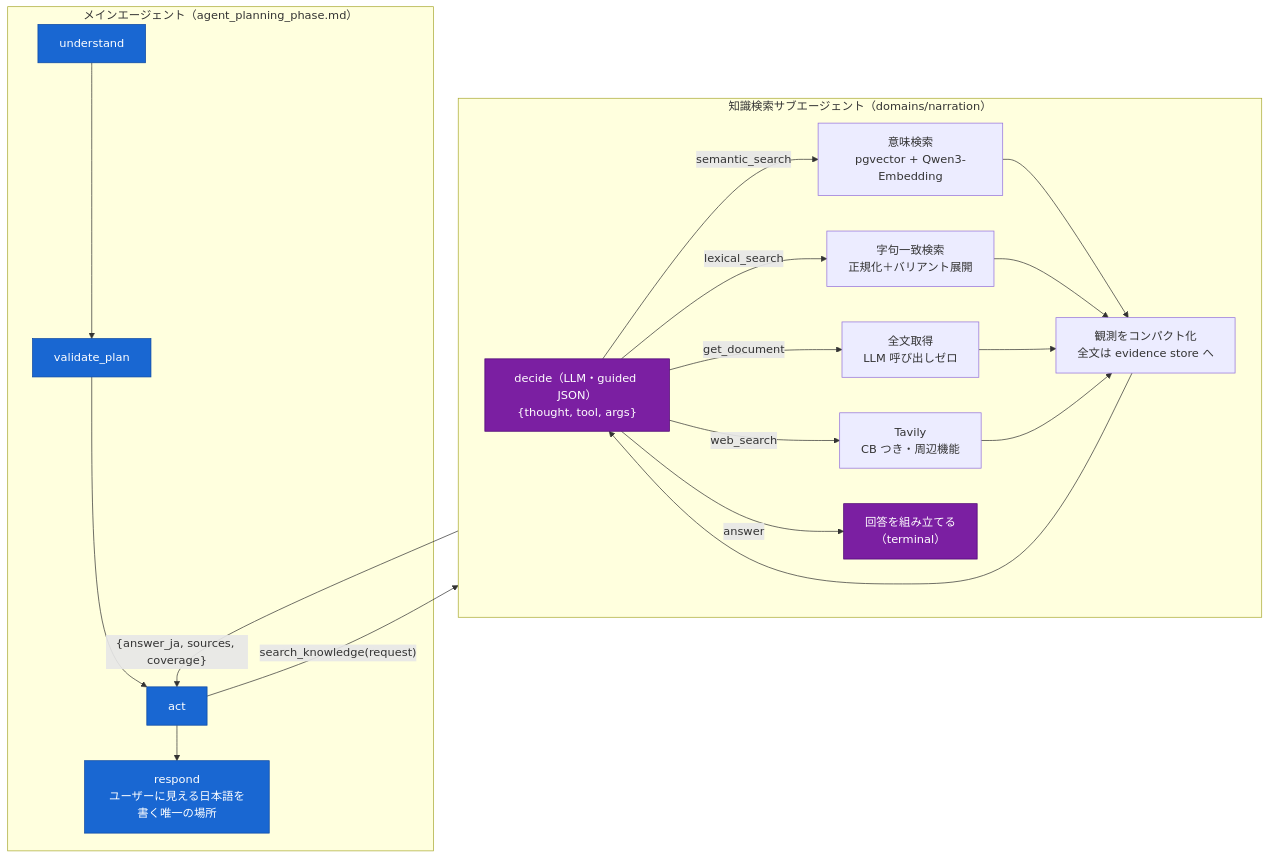
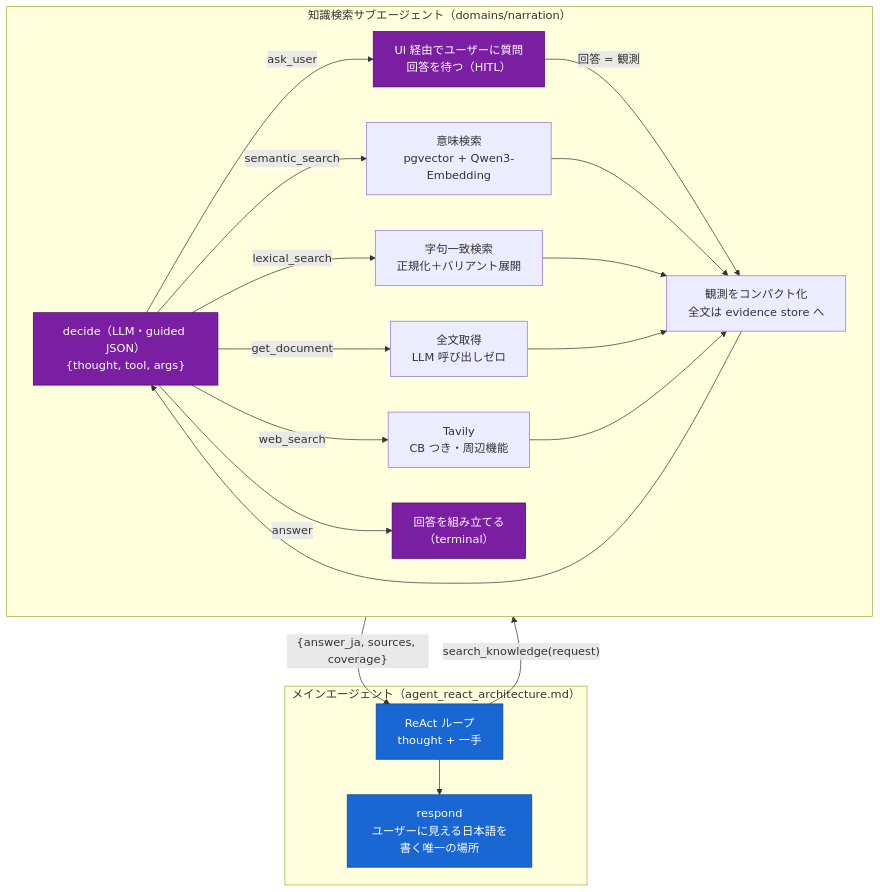
Before and after one commit to TakaJun02/Cairn: the diagram in Docs/30_design/narration_qa.md, drawn with Mermaid. The commit also changed other lines of this file and 56 other files, not shown here.

First line of the commit message:
docs+feat: ask_user 統合(ADR-0018)の実装と、ReAct 構成(ADR-0019)への設計全面改訂

````diff
--- a/Docs/30_design/narration_qa.md
+++ b/Docs/30_design/narration_qa.md
@@ -31,29 +31,31 @@
 ```mermaid
 flowchart TB
-  subgraph MAIN["メインエージェント（agent_planning_phase.md）"]
-    U["understand"] --> V["validate_plan"] --> A["act"]
+  subgraph MAIN["メインエージェント（agent_react_architecture.md）"]
+    A["ReAct ループ<br/>thought + 一手"]
     A --> R["respond<br/>ユーザーに見える日本語を書く唯一の場所"]
   end
 
   A -->|"search_knowledge(request)"| SUB
   SUB -->|"{answer_ja, sources, coverage}"| A
 
   subgraph SUB["知識検索サブエージェント（domains/narration）"]
     D["decide（LLM・guided JSON）<br/>{thought, tool, args}"]
     D -->|semantic_search| T1["意味検索<br/>pgvector + Qwen3-Embedding"]
     D -->|lexical_search| T2["字句一致検索<br/>正規化＋バリアント展開"]
     D -->|get_document| T3["全文取得<br/>LLM 呼び出しゼロ"]
     D -->|web_search| T4["Tavily<br/>CB つき・周辺機能"]
+    D -->|ask_user| ASK["UI 経由でユーザーに質問<br/>回答を待つ（HITL）"]
+    ASK -->|"回答 = 観測"| O
     T1 --> O["観測をコンパクト化<br/>全文は evidence store へ"]
     T2 --> O
     T3 --> O
     T4 --> O
     O --> D
     D -->|answer| ANS["回答を組み立てる<br/>（terminal）"]
   end
 
   classDef n fill:#1967d2,stroke:#0b47a1,color:#fff
   classDef s fill:#7b1fa2,stroke:#4a0072,color:#fff
-  class U,V,A,R n
-  class D,ANS s
+  class A,R n
+  class D,ANS,ASK s
 ```
````
